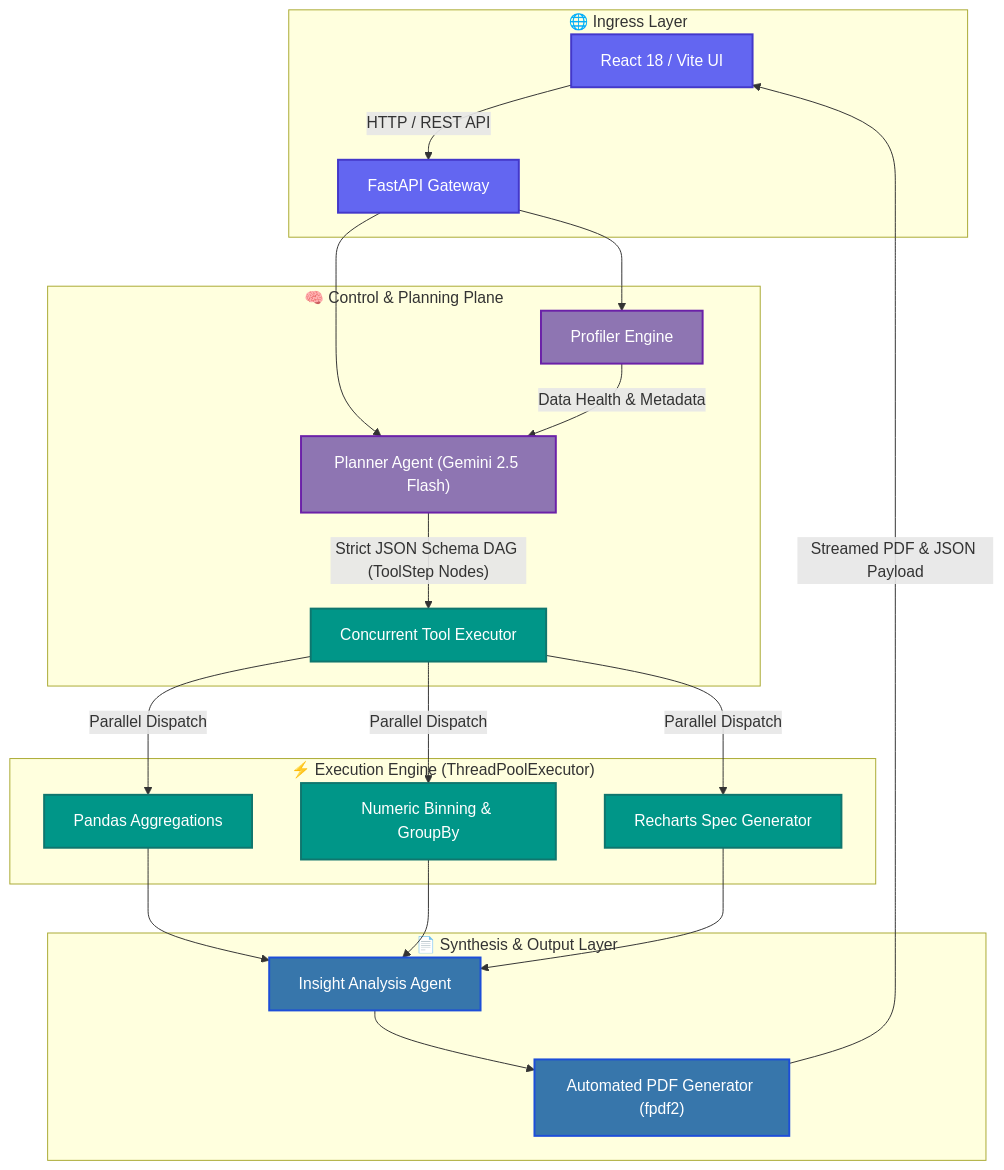
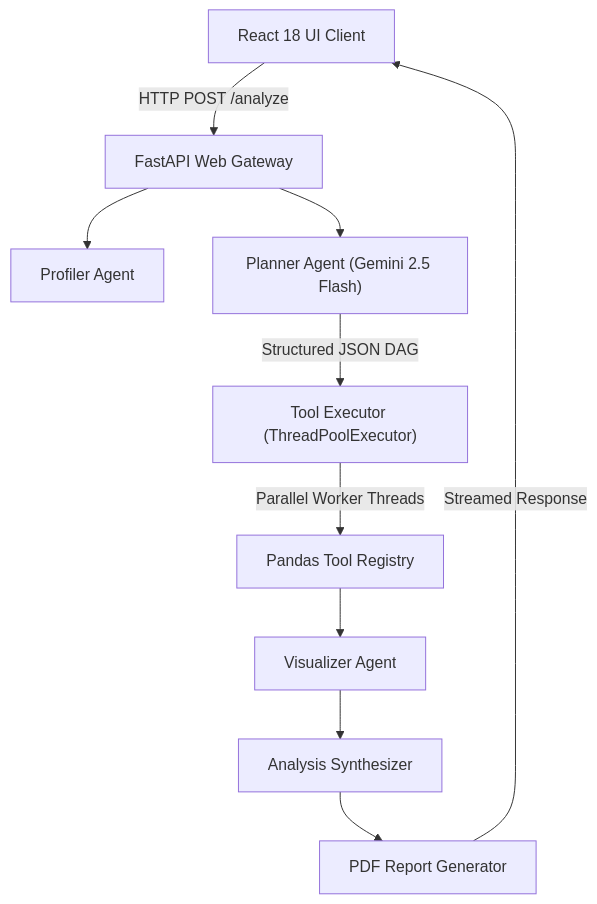
The diagram in README.md (Reya-Doshi/Cortex), drawn with Mermaid before and after one commit. The commit also changed other lines of this file and 21 other files, not shown here.

````diff
--- a/README.md
+++ b/README.md
@@ -58,35 +95,12 @@
 ```mermaid
 graph TD
-    subgraph Ingress["🌐 Ingress Layer"]
-        A["React 18 / Vite UI"] -->|"HTTP / REST API"| B["FastAPI Gateway"]
-    end
-
-    subgraph ControlPlane["🧠 Control & Planning Plane"]
-        B --> C["Profiler Engine"]
-        B --> D["Planner Agent (Gemini 2.5 Flash)"]
-        C -->|"Data Health & Metadata"| D
-        D -->|"Strict JSON Schema DAG (ToolStep Nodes)"| E["Concurrent Tool Executor"]
-    end
-
-    subgraph ExecutionEngine["⚡ Execution Engine (ThreadPoolExecutor)"]
-        E -->|"Parallel Dispatch"| F1["Pandas Aggregations"]
-        E -->|"Parallel Dispatch"| F2["Numeric Binning & GroupBy"]
-        E -->|"Parallel Dispatch"| F3["Recharts Spec Generator"]
-    end
-
-    subgraph SynthesisLayer["📄 Synthesis & Output Layer"]
-        F1 & F2 & F3 --> G["Insight Analysis Agent"]
-        G --> H["Automated PDF Generator (fpdf2)"]
-        H -->|"Streamed PDF & JSON Payload"| A
-    end
-
-    classDef primary fill:#6366f1,stroke:#4338ca,color:#fff,stroke-width:2px;
-    classDef control fill:#8e75b2,stroke:#6b21a8,color:#fff,stroke-width:2px;
-    classDef exec fill:#009688,stroke:#0f766e,color:#fff,stroke-width:2px;
-    classDef synth fill:#3776ab,stroke:#1d4ed8,color:#fff,stroke-width:2px;
-
-    class A,B primary;
-    class C,D control;
-    class E,F1,F2,F3 exec;
-    class G,H synth;
+    Client["React 18 UI Client"] -->|"HTTP POST /analyze"| Gateway["FastAPI Web Gateway"]
+    Gateway --> Profiler["Profiler Agent"]
+    Gateway --> Planner["Planner Agent (Gemini 2.5 Flash)"]
+    Planner -->|"Structured JSON DAG"| Executor["Tool Executor (ThreadPoolExecutor)"]
+    Executor -->|"Parallel Worker Threads"| Aggregators["Pandas Tool Registry"]
+    Aggregators --> Visualizer["Visualizer Agent"]
+    Visualizer --> Synthesizer["Analysis Synthesizer"]
+    Synthesizer --> Exporter["PDF Report Generator"]
+    Exporter -->|"Streamed Response"| Client
 ```
````
